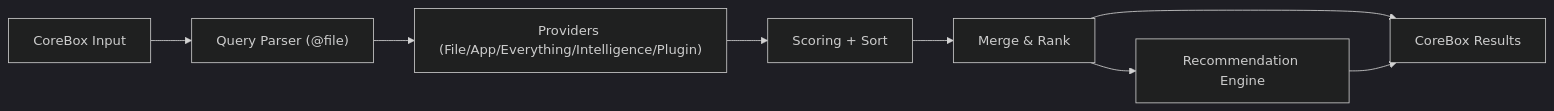
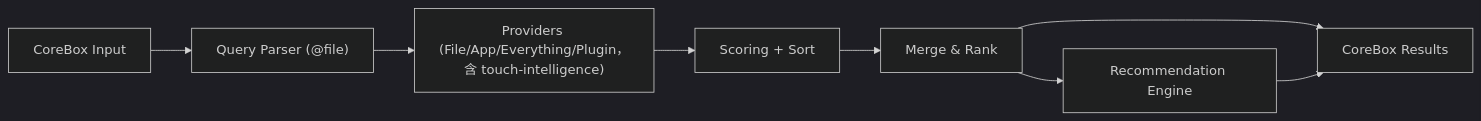
Before and after one commit to talex-touch/tuff: the diagram in apps/nexus/content/docs/dev/architecture/search-engine.zh.mdc, drawn with Mermaid (dark theme). The commit also changed other lines of this file and 13 other files, not shown here.

````diff
--- a/apps/nexus/content/docs/dev/architecture/search-engine.zh.mdc
+++ b/apps/nexus/content/docs/dev/architecture/search-engine.zh.mdc
@@ -59,10 +59,10 @@
 ```mermaid
 flowchart LR
   input["CoreBox Input"] --> parser["Query Parser (@file)"]
-  parser --> providers["Providers (File/App/Everything/Intelligence/Plugin)"]
+  parser --> providers["Providers (File/App/Everything/Plugin，含 touch-intelligence)"]
   providers --> score["Scoring + Sort"]
   score --> merge["Merge & Rank"]
   merge --> output["CoreBox Results"]
   merge --> rec["Recommendation Engine"]
   rec --> output
 ```
````
